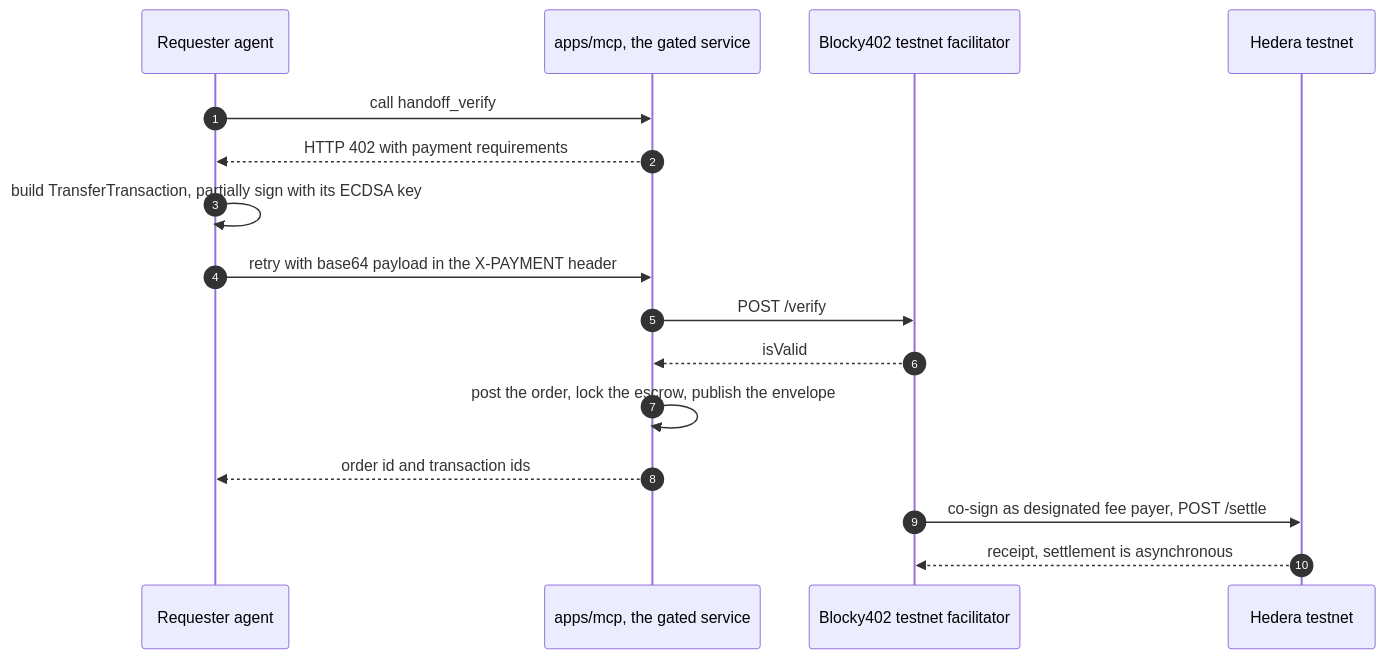
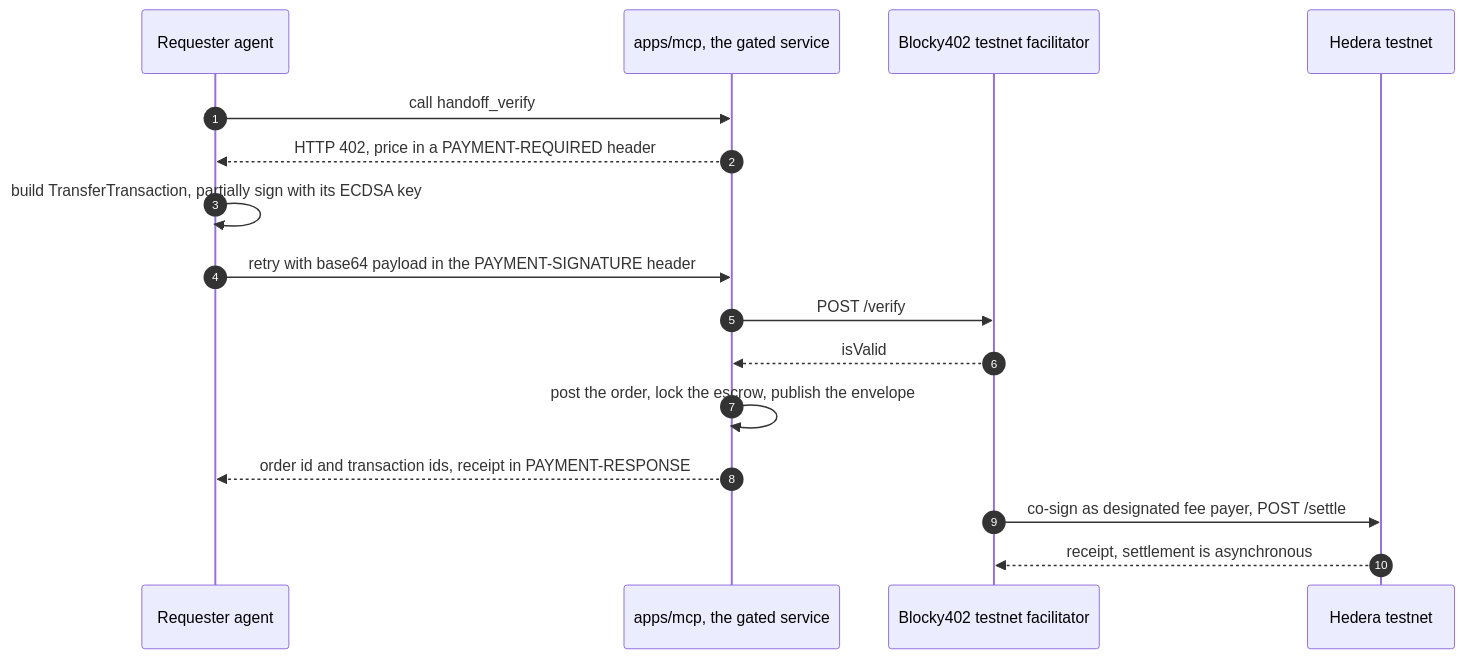
Before and after one commit to Baurjan1234/project-handoff: the fourth of 5 diagrams in docs/architecture.md, drawn with Mermaid. The commit also changed 3 other files, not shown here.

````diff
--- a/docs/architecture.md
+++ b/docs/architecture.md
@@ -135,19 +135,19 @@
 ```mermaid
 sequenceDiagram
     autonumber
     participant C as Requester agent
     participant S as apps/mcp, the gated service
     participant F as Blocky402 testnet facilitator
     participant H as Hedera testnet
 
     C->>S: call handoff_verify
-    S-->>C: HTTP 402 with payment requirements
+    S-->>C: HTTP 402, price in a PAYMENT-REQUIRED header
     C->>C: build TransferTransaction, partially sign with its ECDSA key
-    C->>S: retry with base64 payload in the X-PAYMENT header
+    C->>S: retry with base64 payload in the PAYMENT-SIGNATURE header
     S->>F: POST /verify
     F-->>S: isValid
     S->>S: post the order, lock the escrow, publish the envelope
-    S-->>C: order id and transaction ids
+    S-->>C: order id and transaction ids, receipt in PAYMENT-RESPONSE
     F->>H: co-sign as designated fee payer, POST /settle
     H-->>F: receipt, settlement is asynchronous
 ```
````
